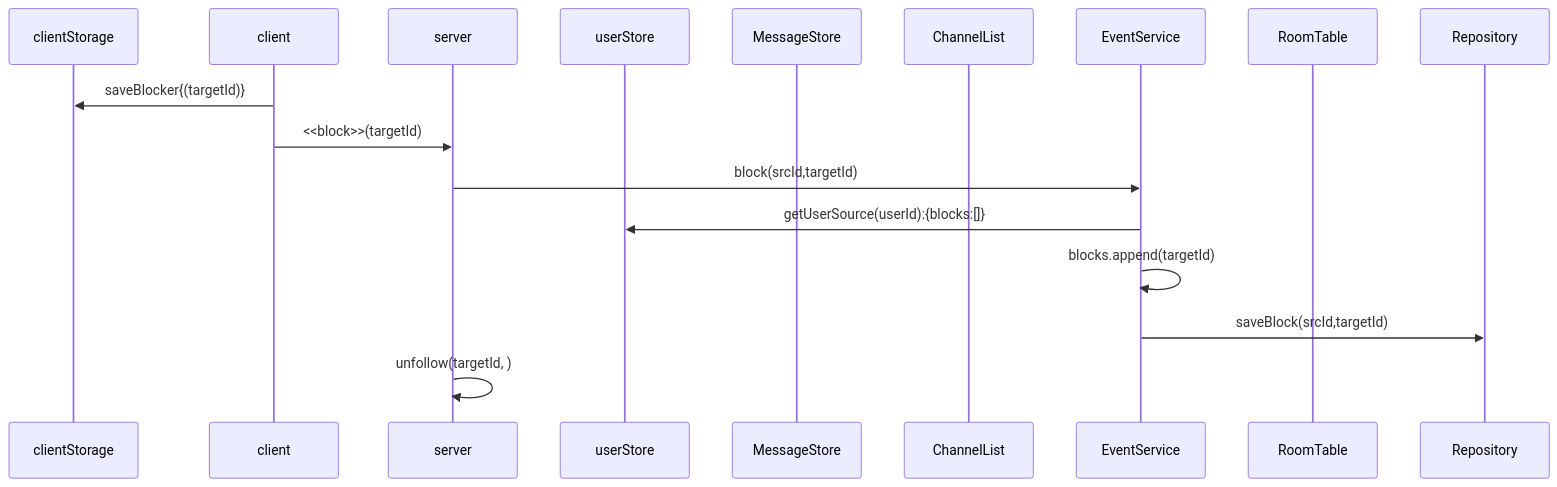
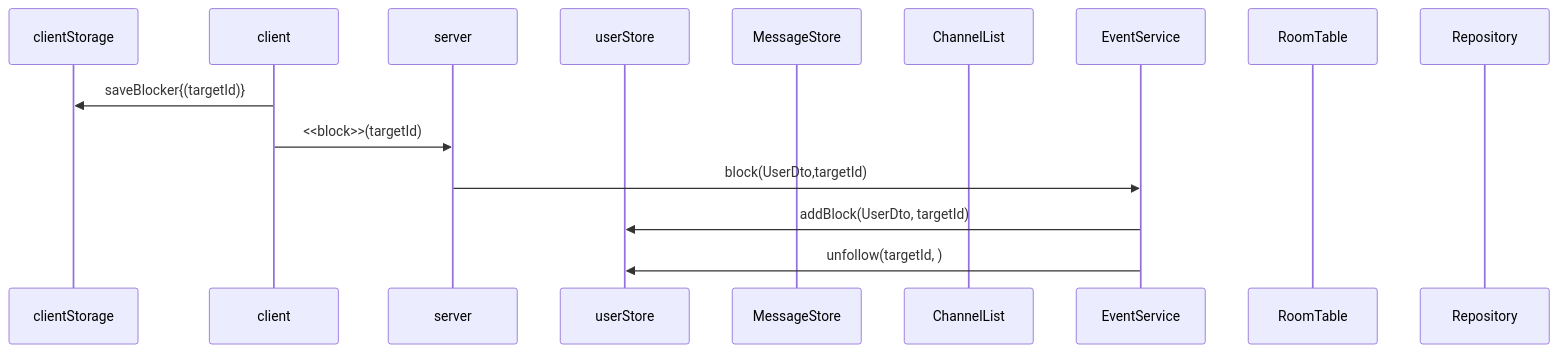
Before and after one commit to mtak0235/simmons_transcendence: the sixth of 19 diagrams in backend/node/app/event.md, drawn with Mermaid. The commit also changed other lines of this file and 6 other files, not shown here.

Commit message:
follow, unfollow, block - service 까지 구현 완료

````diff
--- a/backend/node/app/event.md
+++ b/backend/node/app/event.md
@@ -160,20 +160,18 @@
 ```mermaid
 sequenceDiagram
 participant cls as clientStorage
 participant c as client
 participant ga as server
-participant ss as userStore
+participant us as userStore
 participant ms as MessageStore
 participant cns as ChannelList
 participant cs as EventService
 participant rt as RoomTable
 participant r as Repository
 
 c->>cls: saveBlocker{(targetId)}
 c->>ga: <<block>>(targetId)
-ga->>cs: block(srcId,targetId)
-cs->>ss: getUserSource(userId):{blocks:[]}
-cs->>cs: blocks.append(targetId)
-cs->>r: saveBlock(srcId,targetId)
-ga->>ga: unfollow(targetId, )
+ga->>cs: block(UserDto,targetId)
+cs->>us: addBlock(UserDto, targetId)
+cs->>us: unfollow(targetId, )
 ```
````
